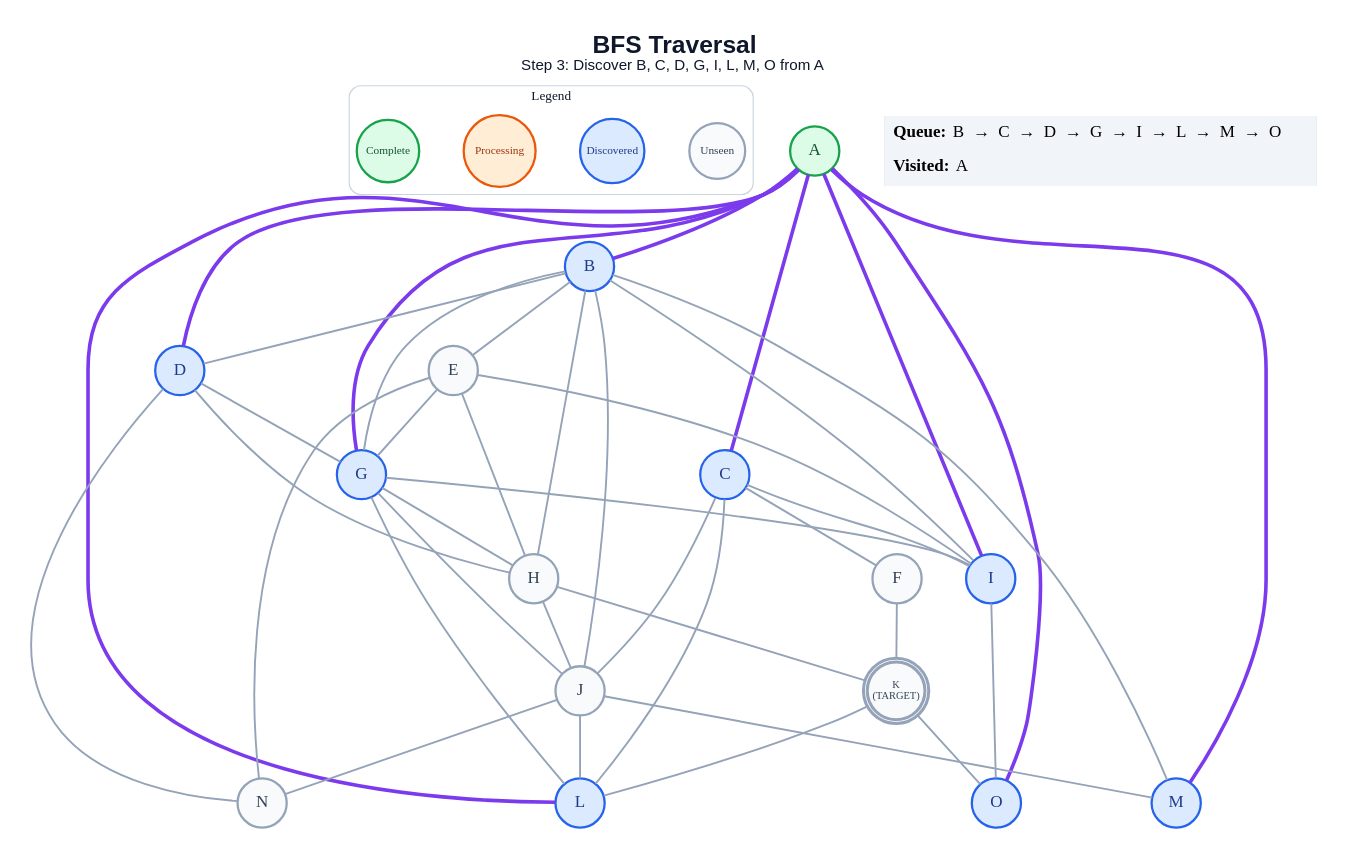
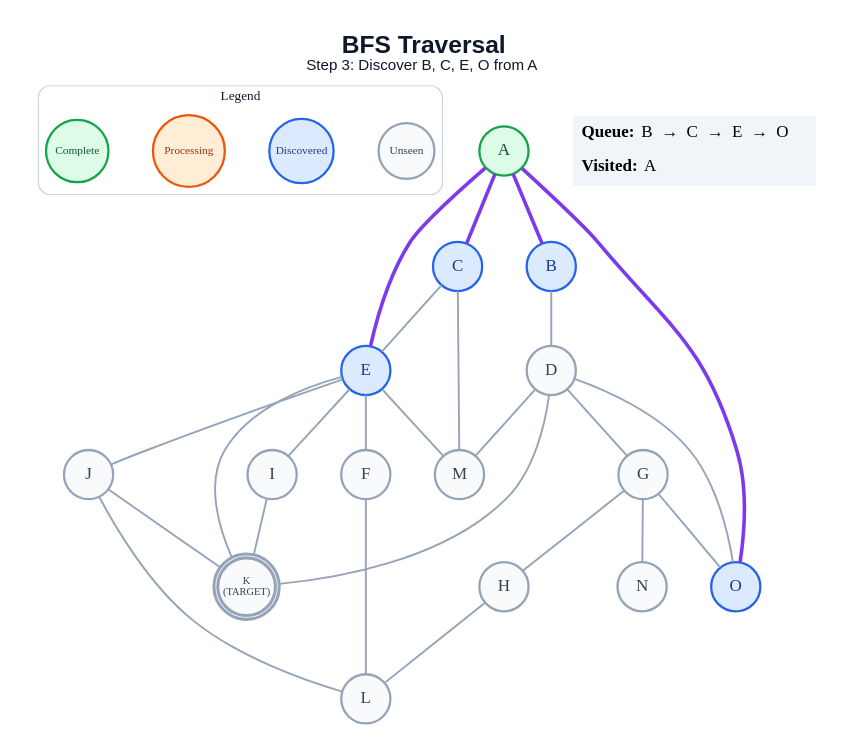
The diagram in generated/bfs/step_03.dot (anon7238593-create/ai-slop), drawn with Graphviz before and after one commit. The commit also changed 289 other files, not shown here.

```diff
--- a/generated/bfs/step_03.dot
+++ b/generated/bfs/step_03.dot
@@ -1,73 +1,58 @@
 graph traversal {
   graph [layout=dot, rankdir=TB, bgcolor="#FFFFFF", pad="0.35", nodesep="0.65", ranksep="0.8", fontname="Arial"];
   node [shape=circle, style="filled", fontname="Arial Bold", fontsize=18, width=0.72, fixedsize=true, penwidth=2.4];
   edge [color="#94A3B8", penwidth=2.0];
-  label=<<B>BFS Traversal</B><BR/><FONT POINT-SIZE="16">Step 3: Discover B, C, D, G, I, L, M, O from A</FONT>>; labelloc="t"; fontsize=26; fontname="Arial"; fontcolor="#0F172A";
+  label=<<B>BFS Traversal</B><BR/><FONT POINT-SIZE="16">Step 3: Discover B, C, E, O from A</FONT>>; labelloc="t"; fontsize=26; fontname="Arial"; fontcolor="#0F172A";
   subgraph cluster_legend { label="Legend"; color="#CBD5E1"; penwidth=1.2; style="rounded"; fontsize=14; fontname="Arial Bold";
     key_unseen [label="Unseen", fillcolor="#F8FAFC", color="#94A3B8", fontcolor="#334155", fontsize=12, width=0.82];
     key_frontier [label="Discovered", fillcolor="#DBEAFE", color="#2563EB", fontcolor="#1E3A8A", fontsize=12, width=0.95];
     key_current [label="Processing", fillcolor="#FFEDD5", color="#EA580C", fontcolor="#9A3412", fontsize=12, width=1.05];
     key_done [label="Complete", fillcolor="#DCFCE7", color="#16A34A", fontcolor="#14532D", fontsize=12, width=0.92];
     { rank=same; key_unseen; key_frontier; key_current; key_done; }
   }
   A [label="A", fillcolor="#DCFCE7", color="#16A34A", fontcolor="#14532D", peripheries=1, penwidth=2.4];
   B [label="B", fillcolor="#DBEAFE", color="#2563EB", fontcolor="#1E3A8A", peripheries=1, penwidth=2.4];
   C [label="C", fillcolor="#DBEAFE", color="#2563EB", fontcolor="#1E3A8A", peripheries=1, penwidth=2.4];
-  D [label="D", fillcolor="#DBEAFE", color="#2563EB", fontcolor="#1E3A8A", peripheries=1, penwidth=2.4];
-  E [label="E", fillcolor="#F8FAFC", color="#94A3B8", fontcolor="#334155", peripheries=1, penwidth=2.4];
+  D [label="D", fillcolor="#F8FAFC", color="#94A3B8", fontcolor="#334155", peripheries=1, penwidth=2.4];
+  E [label="E", fillcolor="#DBEAFE", color="#2563EB", fontcolor="#1E3A8A", peripheries=1, penwidth=2.4];
   F [label="F", fillcolor="#F8FAFC", color="#94A3B8", fontcolor="#334155", peripheries=1, penwidth=2.4];
-  G [label="G", fillcolor="#DBEAFE", color="#2563EB", fontcolor="#1E3A8A", peripheries=1, penwidth=2.4];
+  G [label="G", fillcolor="#F8FAFC", color="#94A3B8", fontcolor="#334155", peripheries=1, penwidth=2.4];
   H [label="H", fillcolor="#F8FAFC", color="#94A3B8", fontcolor="#334155", peripheries=1, penwidth=2.4];
-  I [label="I", fillcolor="#DBEAFE", color="#2563EB", fontcolor="#1E3A8A", peripheries=1, penwidth=2.4];
+  I [label="I", fillcolor="#F8FAFC", color="#94A3B8", fontcolor="#334155", peripheries=1, penwidth=2.4];
   J [label="J", fillcolor="#F8FAFC", color="#94A3B8", fontcolor="#334155", peripheries=1, penwidth=2.4];
   K [label="K\n(TARGET)", fillcolor="#F8FAFC", color="#94A3B8", fontcolor="#334155", peripheries=2, penwidth=3.2, fontsize=11, width=0.85, height=0.85];
-  L [label="L", fillcolor="#DBEAFE", color="#2563EB", fontcolor="#1E3A8A", peripheries=1, penwidth=2.4];
-  M [label="M", fillcolor="#DBEAFE", color="#2563EB", fontcolor="#1E3A8A", peripheries=1, penwidth=2.4];
+  L [label="L", fillcolor="#F8FAFC", color="#94A3B8", fontcolor="#334155", peripheries=1, penwidth=2.4];
+  M [label="M", fillcolor="#F8FAFC", color="#94A3B8", fontcolor="#334155", peripheries=1, penwidth=2.4];
   N [label="N", fillcolor="#F8FAFC", color="#94A3B8", fontcolor="#334155", peripheries=1, penwidth=2.4];
   O [label="O", fillcolor="#DBEAFE", color="#2563EB", fontcolor="#1E3A8A", peripheries=1, penwidth=2.4];
   A -- B [color="#7C3AED", penwidth=3.8];
   A -- C [color="#7C3AED", penwidth=3.8];
-  A -- D [color="#7C3AED", penwidth=3.8];
-  A -- G [color="#7C3AED", penwidth=3.8];
-  A -- I [color="#7C3AED", penwidth=3.8];
-  A -- L [color="#7C3AED", penwidth=3.8];
-  A -- M [color="#7C3AED", penwidth=3.8];
+  A -- E [color="#7C3AED", penwidth=3.8];
   A -- O [color="#7C3AED", penwidth=3.8];
   B -- D;
-  B -- E;
-  B -- G;
-  B -- H;
-  B -- I;
-  B -- J;
-  B -- M;
-  C -- F;
-  C -- I;
-  C -- J;
-  C -- L;
+  C -- E;
+  C -- M;
   D -- G;
-  D -- H;
-  D -- N;
-  E -- G;
-  E -- H;
+  D -- K;
+  D -- M;
+  D -- O;
+  E -- F;
   E -- I;
-  E -- N;
-  F -- K;
+  E -- J;
+  E -- K;
+  E -- M;
+  F -- L;
   G -- H;
-  G -- I;
-  G -- J;
-  G -- L;
-  H -- J;
-  H -- K;
-  I -- O;
+  G -- N;
+  G -- O;
+  H -- L;
+  I -- K;
+  J -- K;
   J -- L;
-  J -- M;
-  J -- N;
-  K -- L;
-  K -- O;
   status [shape=plain, fixedsize=false, width=0, height=0, margin=0, label=<
     <TABLE BORDER="0" CELLBORDER="0" CELLPADDING="7" BGCOLOR="#F1F5F9">
-      <TR><TD ALIGN="LEFT"><B>Queue:</B> B  →  C  →  D  →  G  →  I  →  L  →  M  →  O</TD></TR>
+      <TR><TD ALIGN="LEFT"><B>Queue:</B> B  →  C  →  E  →  O</TD></TR>
       <TR><TD ALIGN="LEFT"><B>Visited:</B> A</TD></TR>
     </TABLE>
   >];
 }
```
